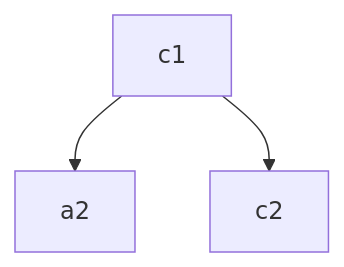
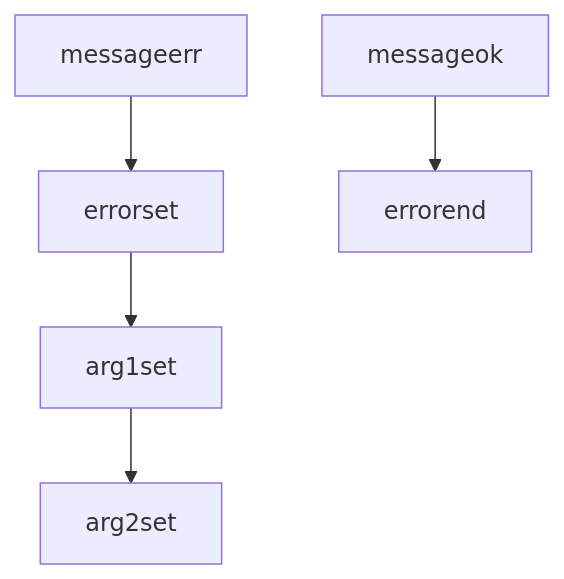
One commit to sakuriver/DocumentManagement changed the fourth of 7 diagrams in cobolsampleflow.md. Above: the diagram before and after it, drawn with Mermaid. The commit also changed other lines of this file, not shown here.

````diff
--- a/cobolsampleflow.md
+++ b/cobolsampleflow.md
@@ -56,5 +56,7 @@
 ```mermaid
 flowchart TB
-    c1-->a2
-    c1-->c2
+    messageerr-->errorset
+    errorset-->arg1set
+    arg1set-->arg2set
+    messageok-->errorend
 ```
````
